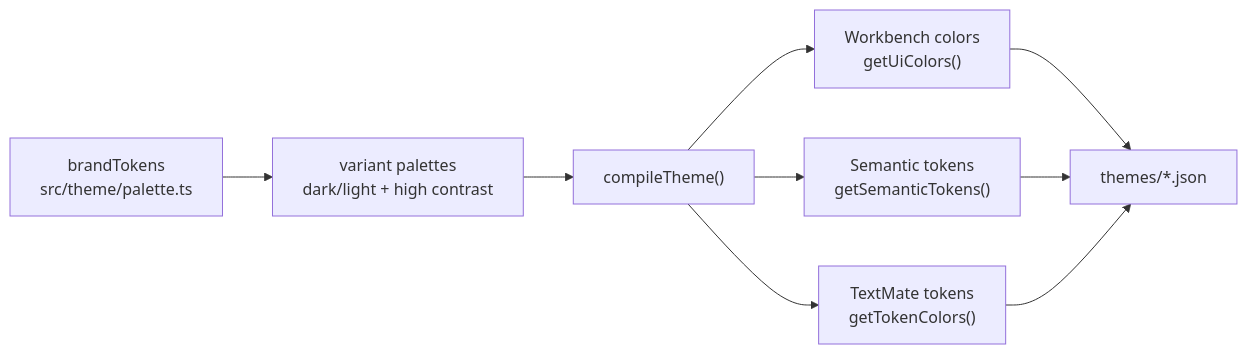
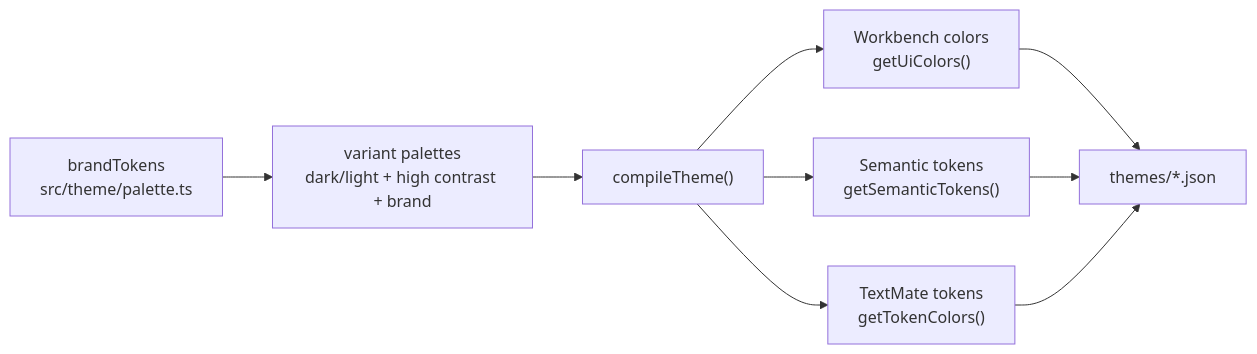
One commit to ashwingopalsamy/claude-code-theme changed the diagram in README.md. Above: the diagram before and after it, drawn with Mermaid. The commit also changed other lines of this file and 8 other files, not shown here.

Commit message:
feat(theme): add dedicated brand variants with claude orange chrome

````diff
--- a/README.md
+++ b/README.md
@@ -64,11 +66,11 @@
 ```mermaid
 flowchart LR
-  A["brandTokens<br/>src/theme/palette.ts"] --> B["variant palettes<br/>dark/light + high contrast"]
+  A["brandTokens<br/>src/theme/palette.ts"] --> B["variant palettes<br/>dark/light + high contrast + brand"]
   B --> C["compileTheme()"]
   C --> D["Workbench colors<br/>getUiColors()"]
   C --> E["Semantic tokens<br/>getSemanticTokens()"]
   C --> F["TextMate tokens<br/>getTokenColors()"]
   D --> G["themes/*.json"]
   E --> G
   F --> G
 ```
````
